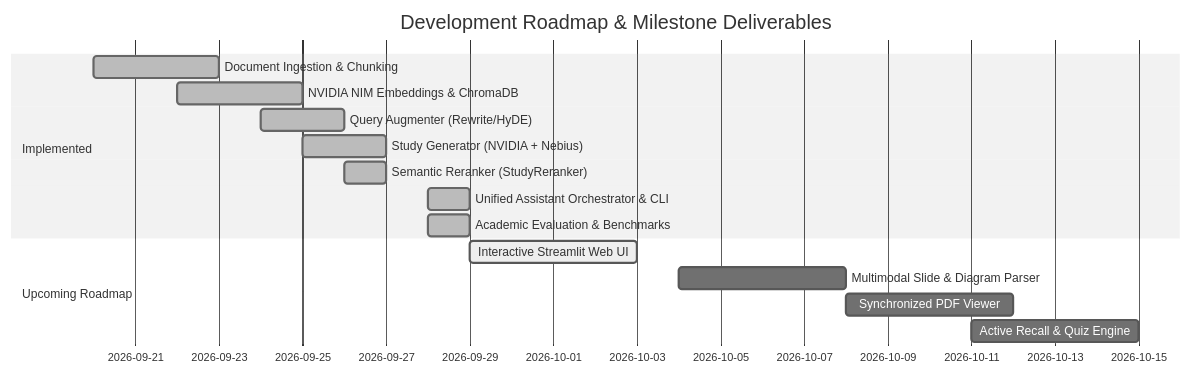
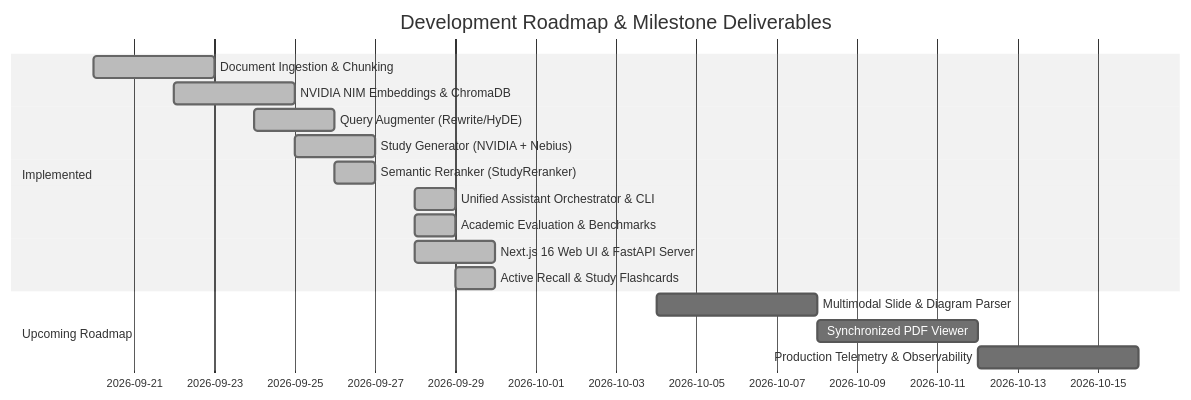
The second of 2 diagrams in README.md (Khazar451/study-assistant), drawn with Mermaid (neutral theme) before and after one commit. The commit also changed other lines of this file, not shown here.

````diff
--- a/README.md
+++ b/README.md
@@ -231,18 +237,19 @@
 ```mermaid
 gantt
     title Development Roadmap & Milestone Deliverables
     dateFormat  YYYY-MM-DD
     section Implemented
     Document Ingestion & Chunking       :done, 2026-09-20, 2026-09-23
     NVIDIA NIM Embeddings & ChromaDB    :done, 2026-09-22, 2026-09-25
     Query Augmenter (Rewrite/HyDE)      :done, 2026-09-24, 2026-09-26
     Study Generator (NVIDIA + Nebius)   :done, 2026-09-25, 2026-09-27
     Semantic Reranker (StudyReranker)   :done, 2026-09-26, 2026-09-27
     Unified Assistant Orchestrator & CLI:done, 2026-09-28, 2026-09-29
     Academic Evaluation & Benchmarks    :done, 2026-09-28, 2026-09-29
+    Next.js 16 Web UI & FastAPI Server  :done, 2026-09-28, 2026-09-30
+    Active Recall & Study Flashcards    :done, 2026-09-29, 2026-09-30
     section Upcoming Roadmap
-    Interactive Streamlit Web UI        :active, 2026-09-29, 2026-10-03
     Multimodal Slide & Diagram Parser   :2026-10-04, 2026-10-08
     Synchronized PDF Viewer             :2026-10-08, 2026-10-12
-    Active Recall & Quiz Engine         :2026-10-11, 2026-10-15
+    Production Telemetry & Observability:2026-10-12, 2026-10-16
 ```
````
